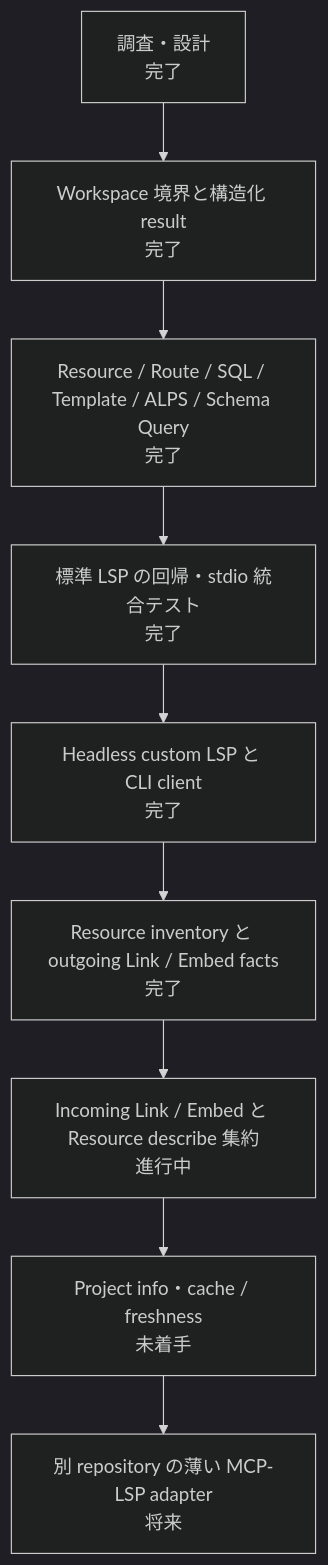
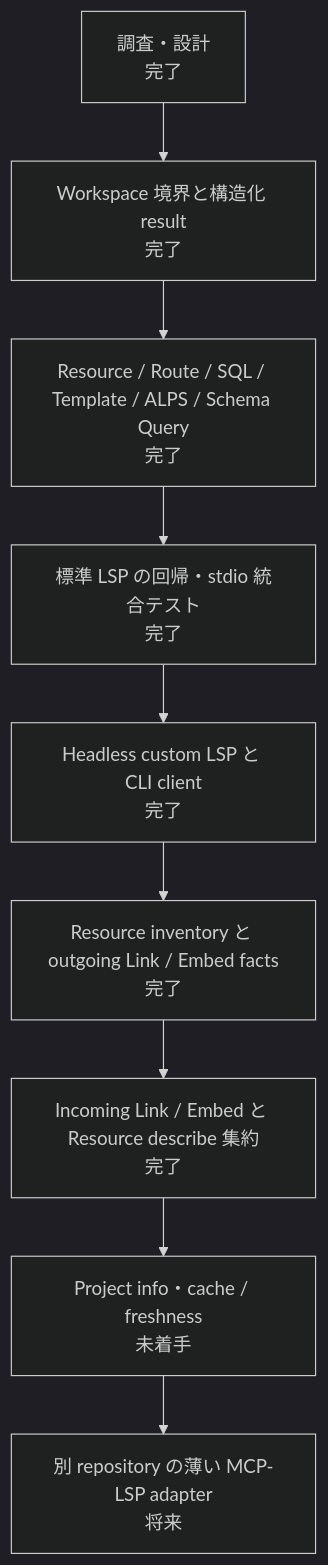
One commit to suzumaze/bear-phpactor-extension changed the second of 2 diagrams in docs/semantic-lsp-progress.ja.md. Above: the diagram before and after it, drawn with Mermaid (dark theme). The commit also changed other lines of this file and 10 other files, not shown here.

````diff
--- a/docs/semantic-lsp-progress.ja.md
+++ b/docs/semantic-lsp-progress.ja.md
@@ -31,14 +31,14 @@
 ```mermaid
 flowchart TD
     p0["調査・設計\n完了"]
     p1["Workspace 境界と構造化 result\n完了"]
     p2["Resource / Route / SQL / Template / ALPS / Schema Query\n完了"]
     p3["標準 LSP の回帰・stdio 統合テスト\n完了"]
     p4["Headless custom LSP と CLI client\n完了"]
     p5["Resource inventory と outgoing Link / Embed facts\n完了"]
-    p6["Incoming Link / Embed と Resource describe 集約\n進行中"]
+    p6["Incoming Link / Embed と Resource describe 集約\n完了"]
     p7["Project info・cache / freshness\n未着手"]
     p8["別 repository の薄い MCP-LSP adapter\n将来"]
 
     p0 --> p1 --> p2 --> p3 --> p4 --> p5 --> p6 --> p7 --> p8
 ```
````
